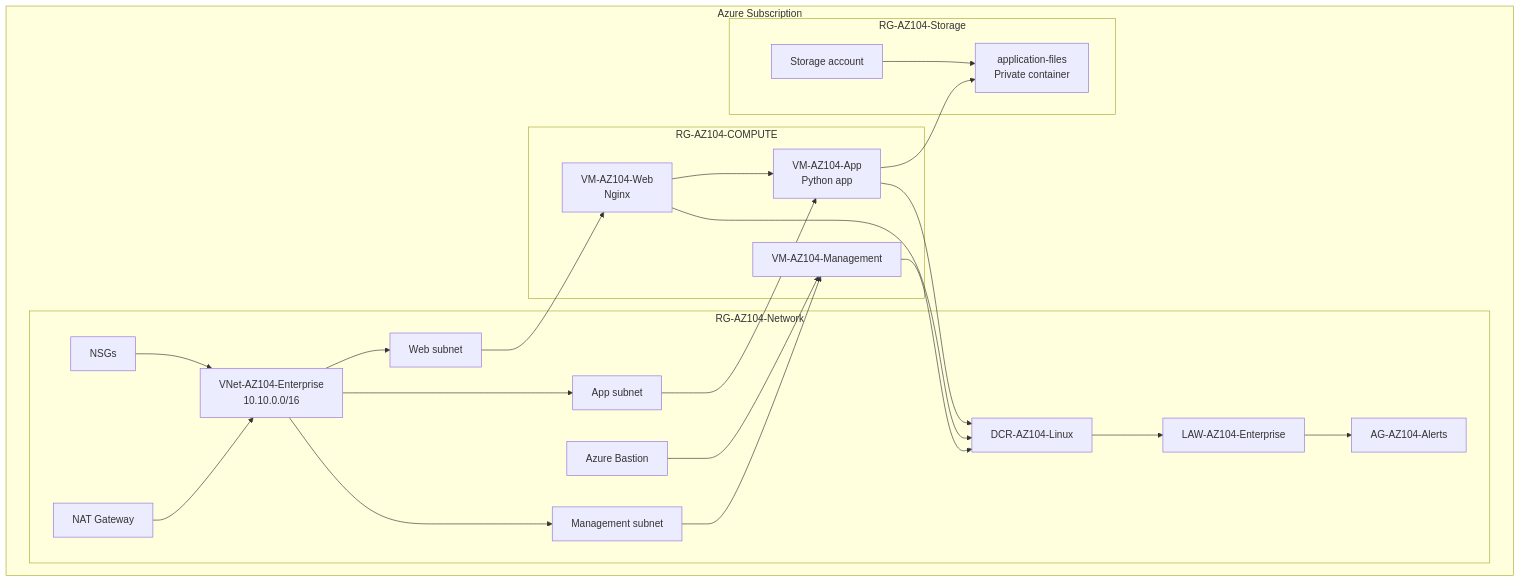
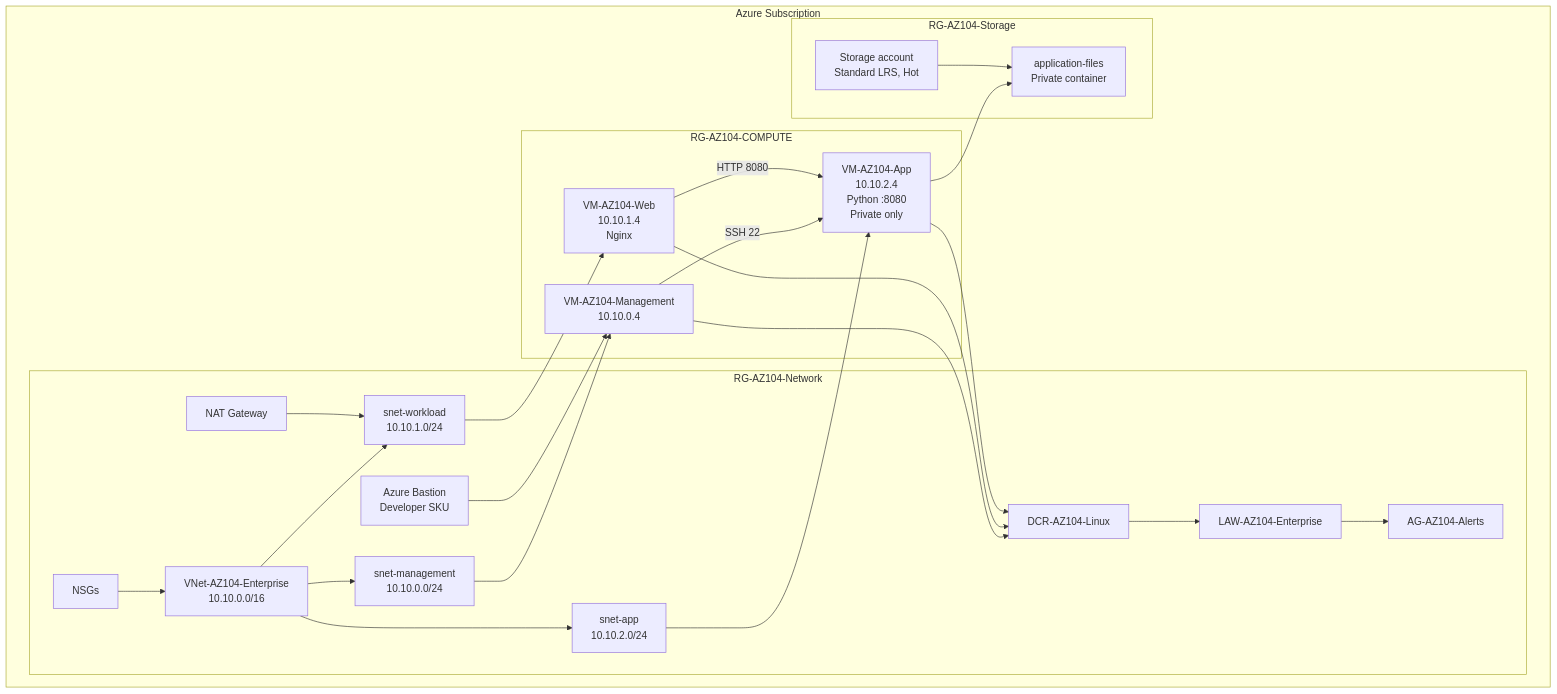
Before and after one commit to Kishorebiswajit/azure-104-enterprise-administrator-lab: the diagram in assets/diagrams/enterprise-architecture.mmd, drawn with Mermaid.

Commit message:
Update enterprise architecture diagram

```diff
--- a/assets/diagrams/enterprise-architecture.mmd
+++ b/assets/diagrams/enterprise-architecture.mmd
@@ -1,44 +1,45 @@
 flowchart TB
     subgraph Sub["Azure Subscription"]
         subgraph NetRG["RG-AZ104-Network"]
             VNet["VNet-AZ104-Enterprise<br/>10.10.0.0/16"]
-            MgmtSubnet["Management subnet"]
-            WebSubnet["Web subnet"]
-            AppSubnet["App subnet"]
-            Bastion["Azure Bastion"]
+            MgmtSubnet["snet-management<br/>10.10.0.0/24"]
+            WebSubnet["snet-workload<br/>10.10.1.0/24"]
+            AppSubnet["snet-app<br/>10.10.2.0/24"]
+            Bastion["Azure Bastion<br/>Developer SKU"]
             NAT["NAT Gateway"]
-            NSG["NSGs"]
+            NSGs["NSGs"]
             LAW["LAW-AZ104-Enterprise"]
             DCR["DCR-AZ104-Linux"]
             AG["AG-AZ104-Alerts"]
         end
 
         subgraph ComputeRG["RG-AZ104-COMPUTE"]
-            MgmtVM["VM-AZ104-Management"]
-            WebVM["VM-AZ104-Web<br/>Nginx"]
-            AppVM["VM-AZ104-App<br/>Python app"]
+            MgmtVM["VM-AZ104-Management<br/>10.10.0.4"]
+            WebVM["VM-AZ104-Web<br/>10.10.1.4<br/>Nginx"]
+            AppVM["VM-AZ104-App<br/>10.10.2.4<br/>Python :8080<br/>Private only"]
         end
 
         subgraph StorageRG["RG-AZ104-Storage"]
-            Storage["Storage account"]
+            Storage["Storage account<br/>Standard LRS, Hot"]
             Blob["application-files<br/>Private container"]
         end
     end
 
     VNet --> MgmtSubnet
     VNet --> WebSubnet
     VNet --> AppSubnet
     MgmtSubnet --> MgmtVM
     WebSubnet --> WebVM
     AppSubnet --> AppVM
     Bastion --> MgmtVM
-    NAT --> VNet
-    NSG --> VNet
-    WebVM --> AppVM
+    NAT --> WebSubnet
+    NSGs --> VNet
+    MgmtVM -->|"SSH 22"| AppVM
+    WebVM -->|"HTTP 8080"| AppVM
     AppVM --> Blob
     MgmtVM --> DCR
     WebVM --> DCR
     AppVM --> DCR
     DCR --> LAW
     LAW --> AG
     Storage --> Blob
```
